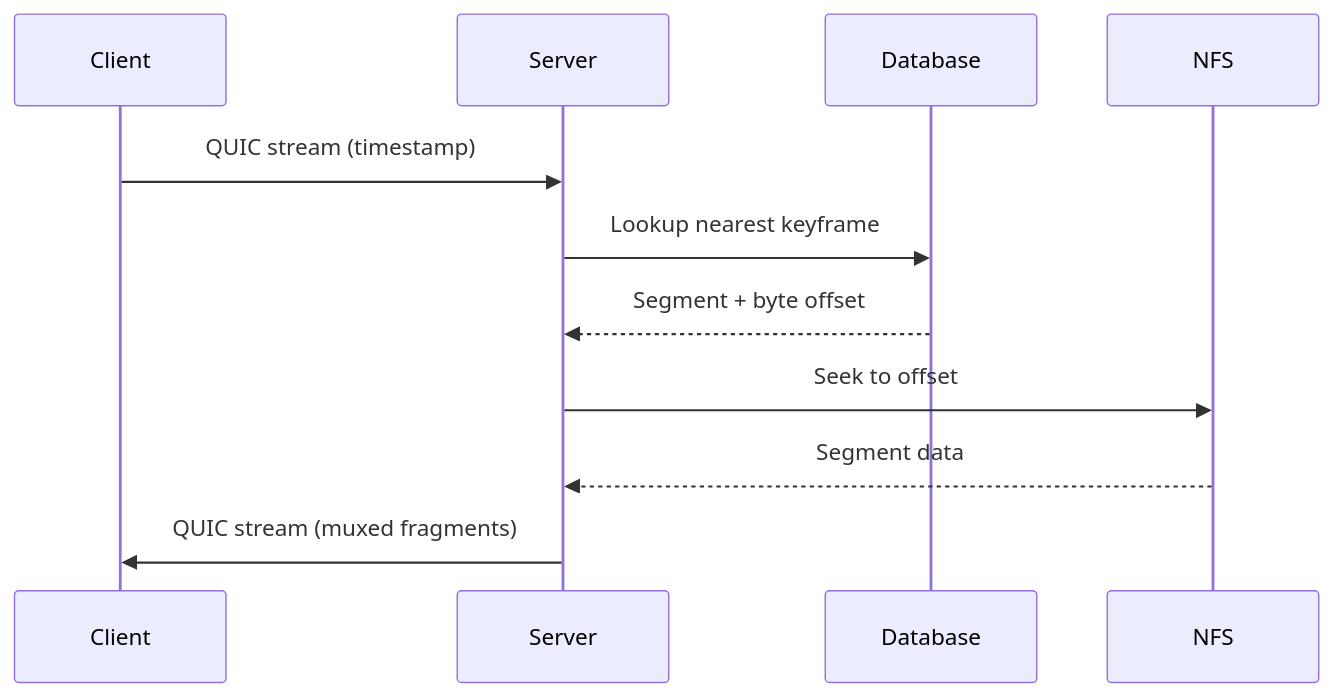
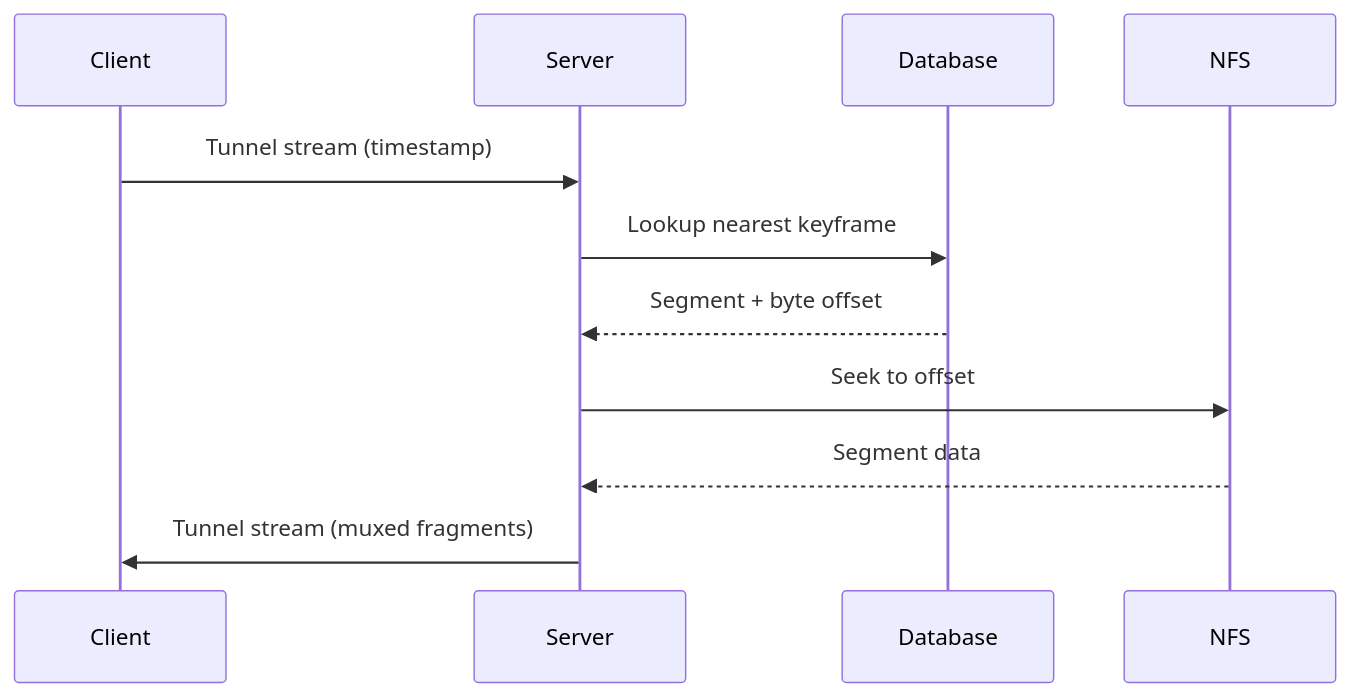
Before and after one commit to SytheZN/simple-vms: the third of 3 diagrams in docs/architecture.md, drawn with Mermaid. The commit also changed other lines of this file and 11 other files, not shown here.

First line of the commit message:
docs: replace QUIC with TCP+TLS tunnel protocol

````diff
--- a/docs/architecture.md
+++ b/docs/architecture.md
@@ -103,14 +103,14 @@
 ```mermaid
 sequenceDiagram
     participant Client
     participant Server
     participant Database
     participant NFS
 
-    Client->>Server: QUIC stream (timestamp)
+    Client->>Server: Tunnel stream (timestamp)
     Server->>Database: Lookup nearest keyframe
     Database-->>Server: Segment + byte offset
     Server->>NFS: Seek to offset
     NFS-->>Server: Segment data
-    Server->>Client: QUIC stream (muxed fragments)
+    Server->>Client: Tunnel stream (muxed fragments)
 ```
````
